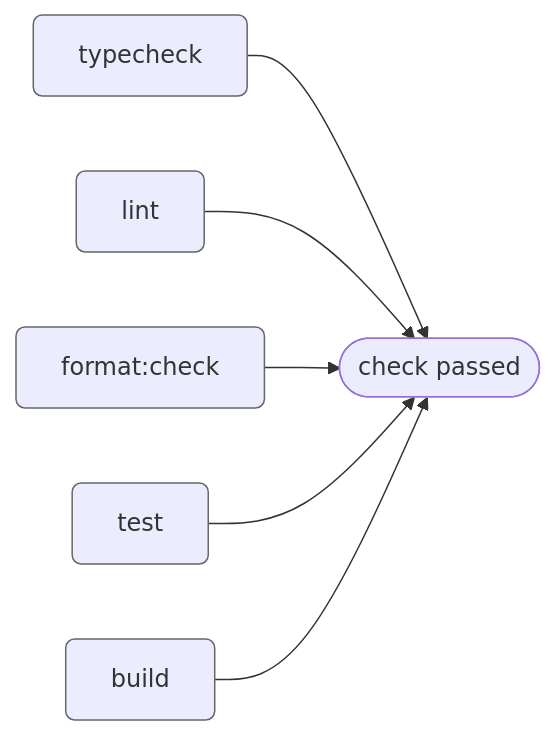
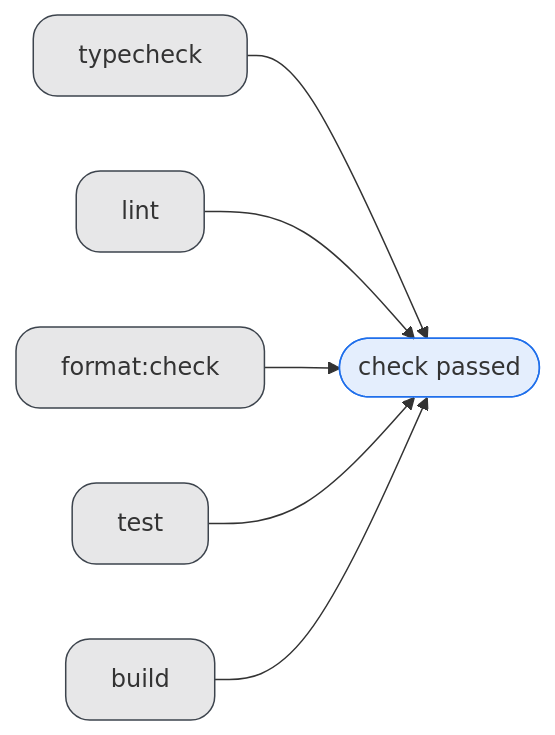
The sixth of 6 diagrams in README.md (nykonhrytsyshyn/rhumb), drawn with Mermaid before and after one commit. The commit also changed other lines of this file and 4 other files, not shown here.

Commit message:
[ci-skip] Update diagram styles in documentation

````diff
--- a/README.md
+++ b/README.md
@@ -547,7 +547,9 @@
 ```mermaid
 flowchart LR
   A["typecheck"] & B["lint"] & C["format:check"] & D["test"] & E["build"] --> F([" check passed "])
 
-  classDef step stroke:#666, rx:6, ry:6
+  classDef step filter:none, fill:#39363f1e, stroke:#3d444d, rx:16, ry:16
+  classDef good filter:none, fill:#1f6feb1e, stroke:#1f6feb
   class A,B,C,D,E step
+  class F good
 ```
````
